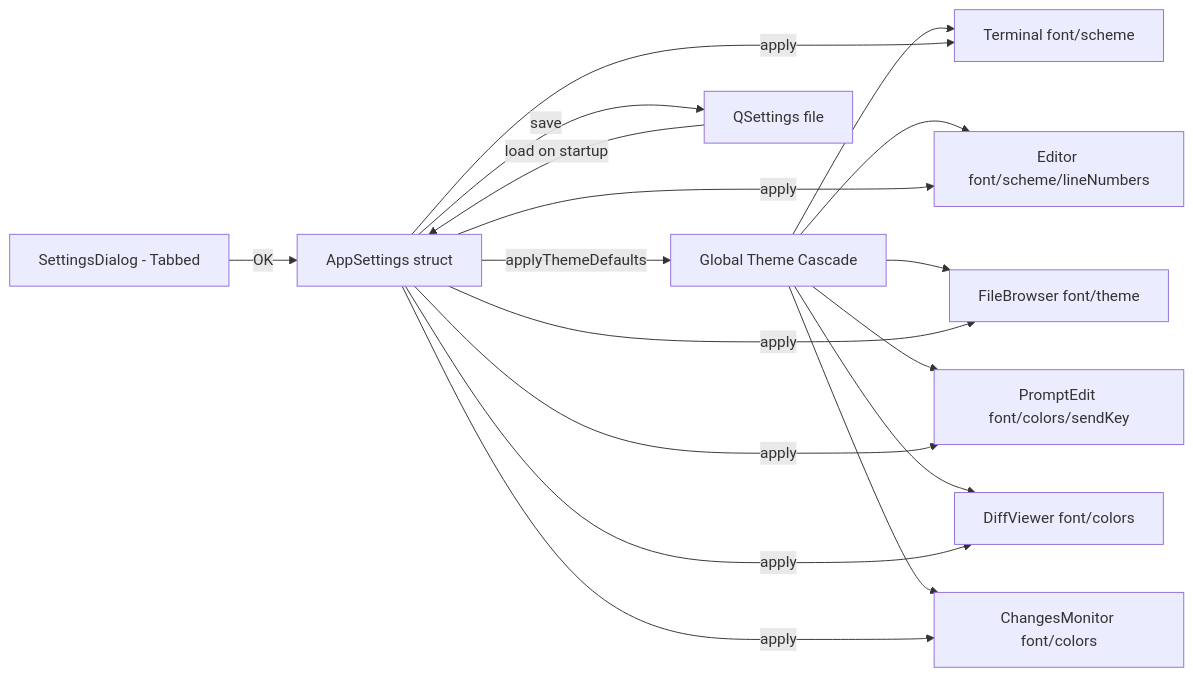
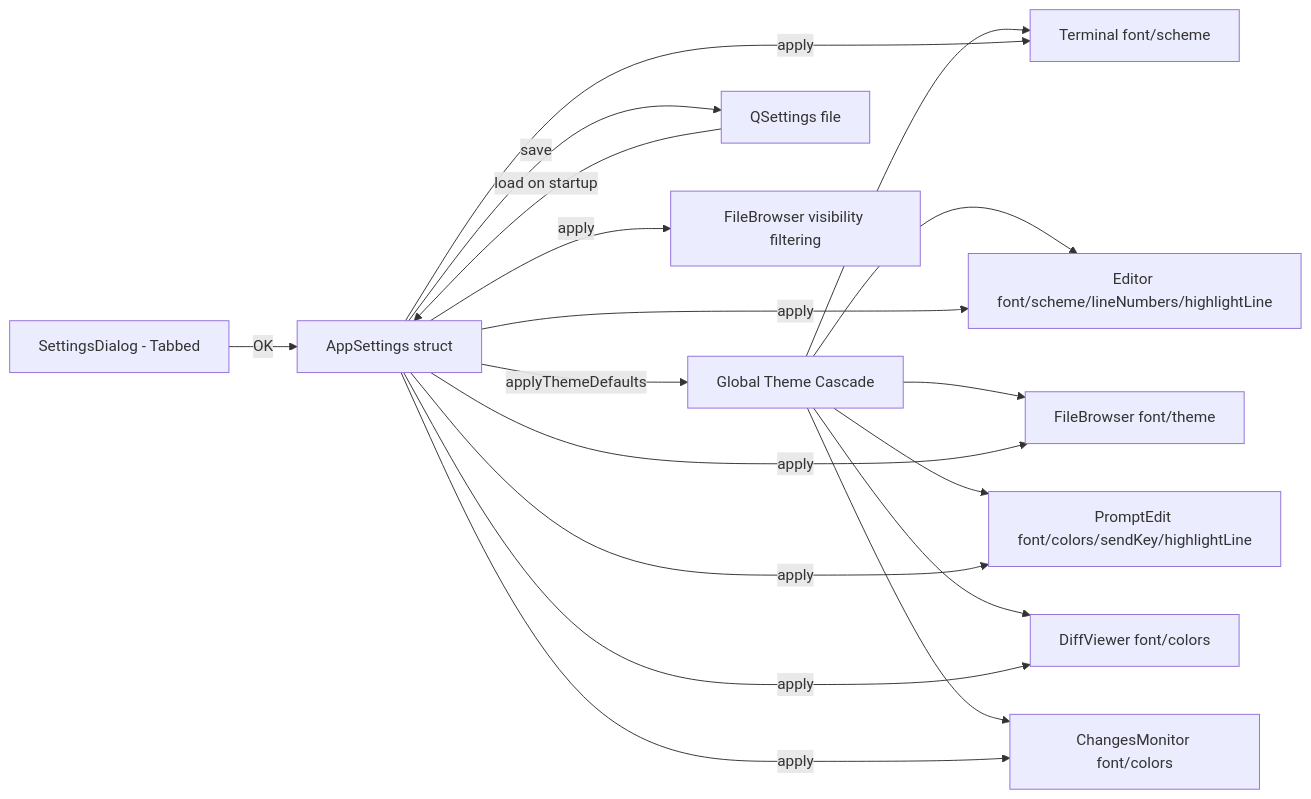
One commit to dkrse/vibe-coder changed diagram 12 of 14 in docs/diagrams.md. Above: the diagram before and after it, drawn with Mermaid. The commit also changed other lines of this file and 21 other files, not shown here.

````diff
--- a/docs/diagrams.md
+++ b/docs/diagrams.md
@@ -406,14 +427,15 @@
 ```mermaid
 flowchart LR
     A[SettingsDialog - Tabbed] -->|OK| B[AppSettings struct]
     B -->|applyThemeDefaults| TH[Global Theme Cascade]
     TH --> D & E & F & G & DV & CM2
     B -->|save| C[QSettings file]
     B -->|apply| D[Terminal font/scheme]
-    B -->|apply| E[Editor font/scheme/lineNumbers]
+    B -->|apply| E[Editor font/scheme/lineNumbers/highlightLine]
+    B -->|apply| VIS[FileBrowser visibility filtering]
     B -->|apply| F[FileBrowser font/theme]
-    B -->|apply| G[PromptEdit font/colors/sendKey]
+    B -->|apply| G[PromptEdit font/colors/sendKey/highlightLine]
     B -->|apply| DV[DiffViewer font/colors]
     B -->|apply| CM2[ChangesMonitor font/colors]
     C -->|load on startup| B
 ```
````
